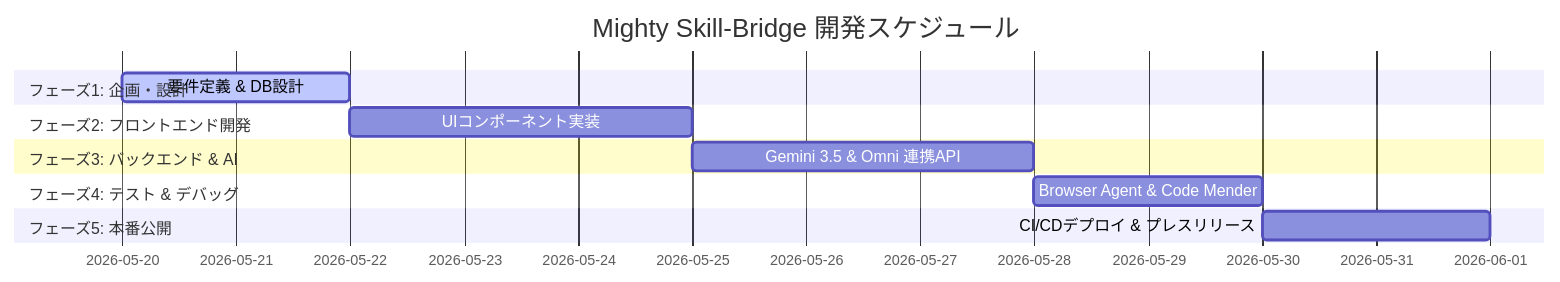
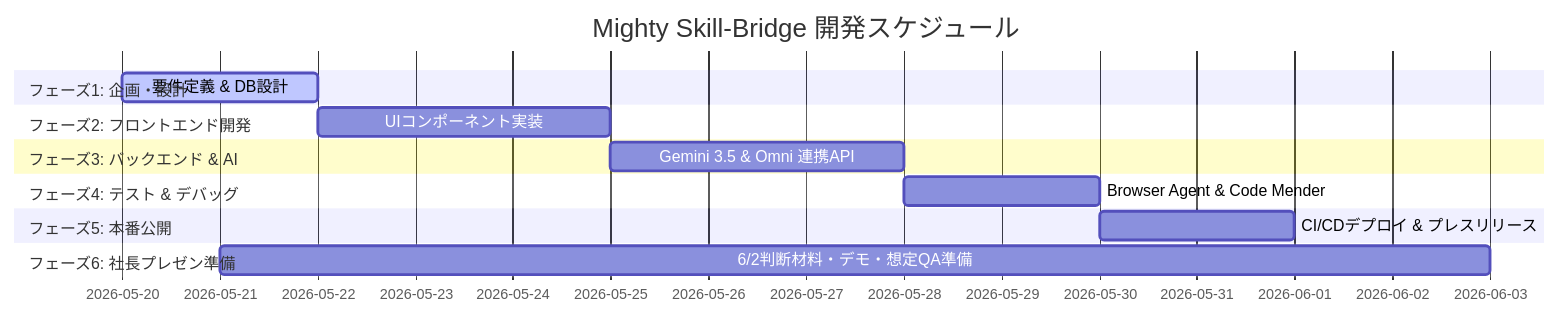
Before and after one commit to kanta13jp1/mighty-link-ai-connect: the diagram in docs/WBS.md, drawn with Mermaid. The commit also changed other lines of this file and 9 other files, not shown here.

````diff
--- a/docs/WBS.md
+++ b/docs/WBS.md
@@ -12,15 +12,17 @@
 ```mermaid
 gantt
     title Mighty Skill-Bridge 開発スケジュール
     dateFormat  YYYY-MM-DD
     section フェーズ1: 企画・設計
     要件定義 & DB設計          :active, a1, 2026-05-20, 2d
     section フェーズ2: フロントエンド開発
     UIコンポーネント実装        : b1, after a1, 3d
     section フェーズ3: バックエンド & AI
     Gemini 3.5 & Omni 連携API : c1, after b1, 3d
     section フェーズ4: テスト & デバッグ
     Browser Agent & Code Mender: d1, after c1, 2d
     section フェーズ5: 本番公開
     CI/CDデプロイ & プレスリリース: e1, after d1, 2d
+    section フェーズ6: 社長プレゼン準備
+    6/2判断材料・デモ・想定QA準備: f1, 2026-05-21, 13d
 ```
````
